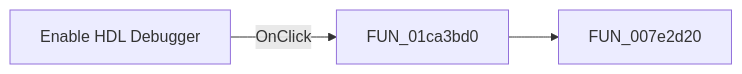
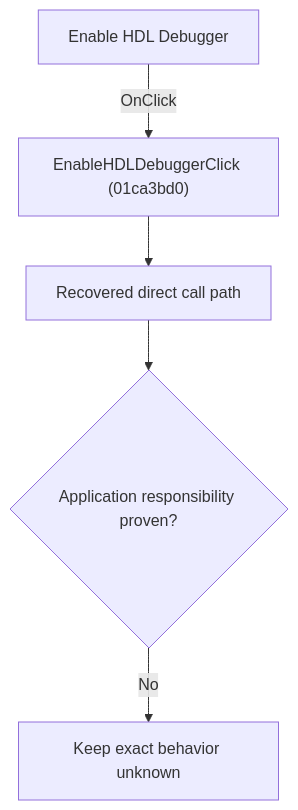
One commit to MovGP0/TIARA changed the diagram in docs/ui-controls/schematiceditor/enablehdldebugger-fe1cf2aa62.md. Above: the diagram before and after it, drawn with Mermaid. The commit also changed other lines of this file and 1062 other files, not shown here.

````diff
--- a/docs/ui-controls/schematiceditor/enablehdldebugger-fe1cf2aa62.md
+++ b/docs/ui-controls/schematiceditor/enablehdldebugger-fe1cf2aa62.md
@@ -27,5 +27,7 @@
 ```mermaid
-flowchart LR
-    control["Enable HDL Debugger"] -->|OnClick| handler["FUN_01ca3bd0"]
-    handler --> call1["FUN_007e2d20"]
+flowchart TD
+    control["Enable HDL Debugger"] -->|"OnClick"| handler["EnableHDLDebuggerClick (01ca3bd0)"]
+    handler --> recovered["Recovered direct call path"]
+    recovered --> gap{"Application responsibility proven?"}
+    gap -->|"No"| blocked["Keep exact behavior unknown"]
 ```
````
